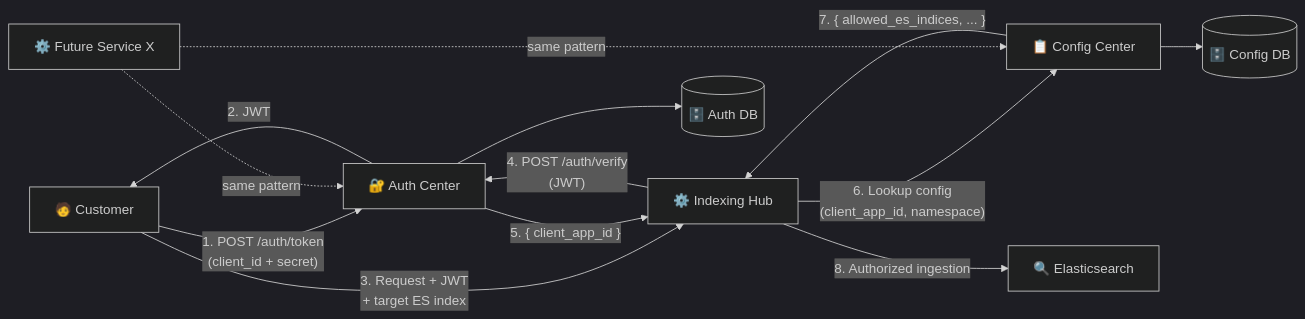
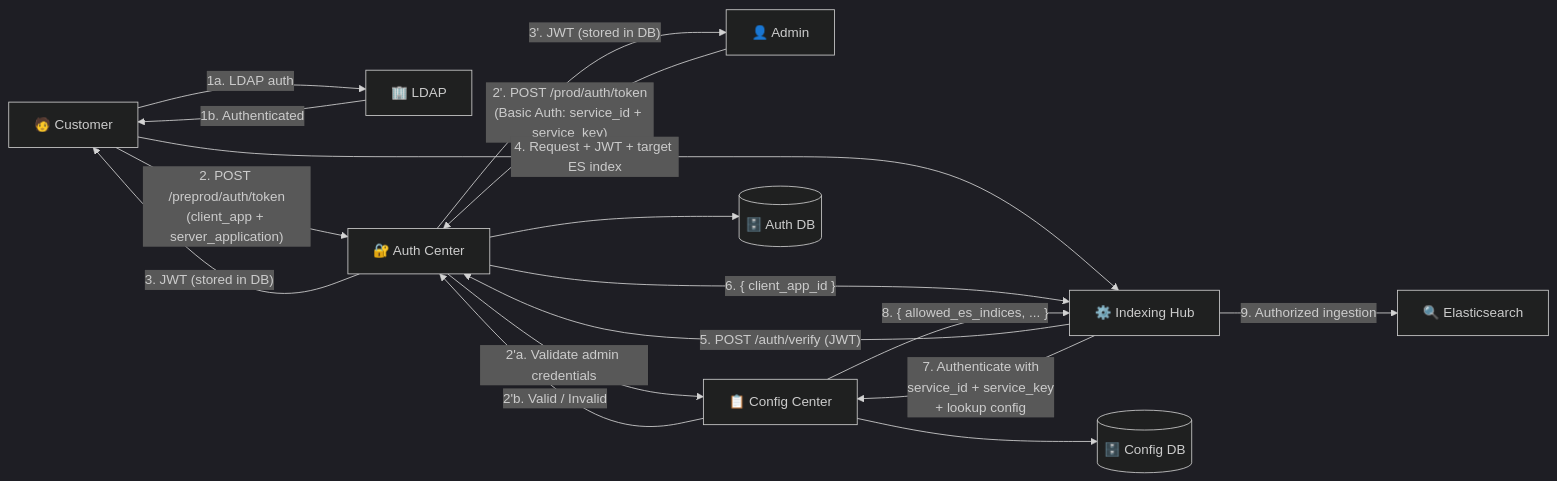
The first of 8 diagrams in config-center/Auth_Config_Center_Design.md (sweiyang/common-tools), drawn with Mermaid (dark theme) before and after one commit. The commit also changed other lines of this file and 1 other file, not shown here.

````diff
--- a/config-center/Auth_Config_Center_Design.md
+++ b/config-center/Auth_Config_Center_Design.md
@@ -113,26 +121,32 @@
 ```mermaid
 graph LR
     Customer["🧑 Customer"]
+    LDAP["🏢 LDAP"]
+    Admin["👤 Admin"]
     AuthCenter["🔐 Auth Center"]
     ConfigCenter["📋 Config Center"]
     IndexingHub["⚙️ Indexing Hub"]
-    FutureSvc["⚙️ Future Service X"]
     ES["🔍 Elasticsearch"]
     AuthDB[("🗄️ Auth DB")]
     ConfigDB[("🗄️ Config DB")]
 
-    Customer -- "1. POST /auth/token<br/>(client_id + secret)" --> AuthCenter
-    AuthCenter -- "2. JWT" --> Customer
-    Customer -- "3. Request + JWT<br/>+ target ES index" --> IndexingHub
-    IndexingHub -- "4. POST /auth/verify<br/>(JWT)" --> AuthCenter
-    AuthCenter -- "5. { client_app_id }" --> IndexingHub
-    IndexingHub -- "6. Lookup config<br/>(client_app_id, namespace)" --> ConfigCenter
-    ConfigCenter -- "7. { allowed_es_indices, ... }" --> IndexingHub
-    IndexingHub -- "8. Authorized ingestion" --> ES
+    Customer -- "1a. LDAP auth" --> LDAP
+    LDAP -- "1b. Authenticated" --> Customer
+    Customer -- "2. POST /preprod/auth/token<br/>(client_app + server_application)" --> AuthCenter
+    AuthCenter -- "3. JWT (stored in DB)" --> Customer
 
-    FutureSvc -. "same pattern" .-> AuthCenter
-    FutureSvc -. "same pattern" .-> ConfigCenter
+    Admin -- "2'. POST /prod/auth/token<br/>(Basic Auth: service_id + service_key)" --> AuthCenter
+    AuthCenter -- "2'a. Validate admin credentials" --> ConfigCenter
+    ConfigCenter -- "2'b. Valid / Invalid" --> AuthCenter
+    AuthCenter -- "3'. JWT (stored in DB)" --> Admin
+
+    Customer -- "4. Request + JWT + target ES index" --> IndexingHub
+    IndexingHub -- "5. POST /auth/verify (JWT)" --> AuthCenter
+    AuthCenter -- "6. { client_app_id }" --> IndexingHub
+    IndexingHub -- "7. Authenticate with<br/>service_id + service_key<br/>+ lookup config" --> ConfigCenter
+    ConfigCenter -- "8. { allowed_es_indices, ... }" --> IndexingHub
+    IndexingHub -- "9. Authorized ingestion" --> ES
 
     AuthCenter --> AuthDB
     ConfigCenter --> ConfigDB
 ```
````
